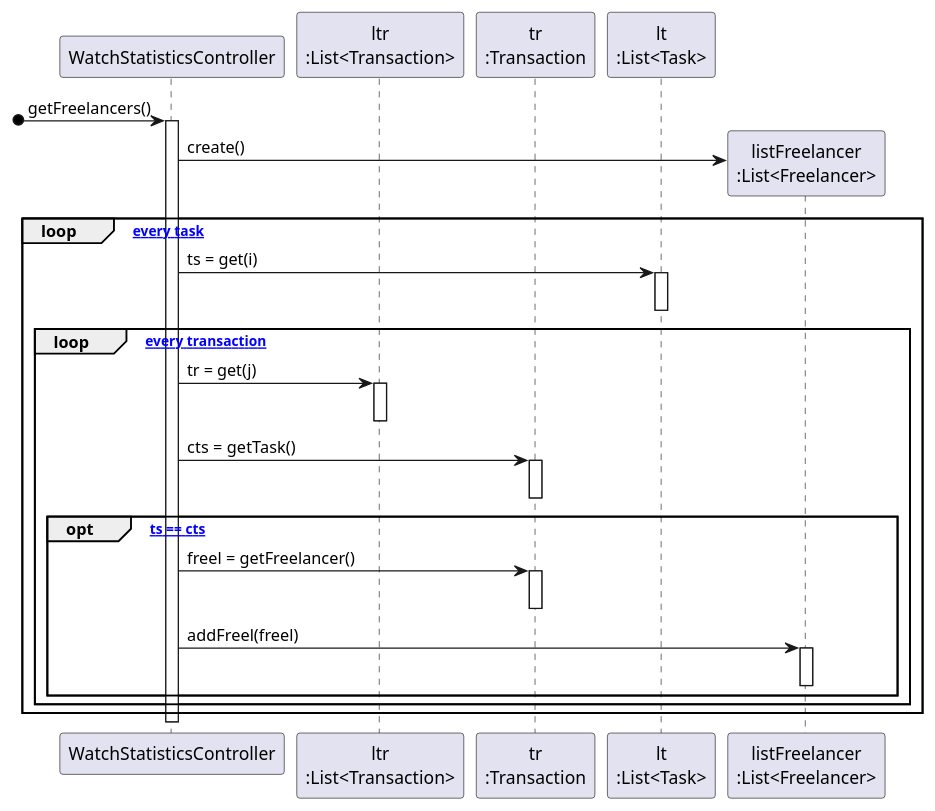
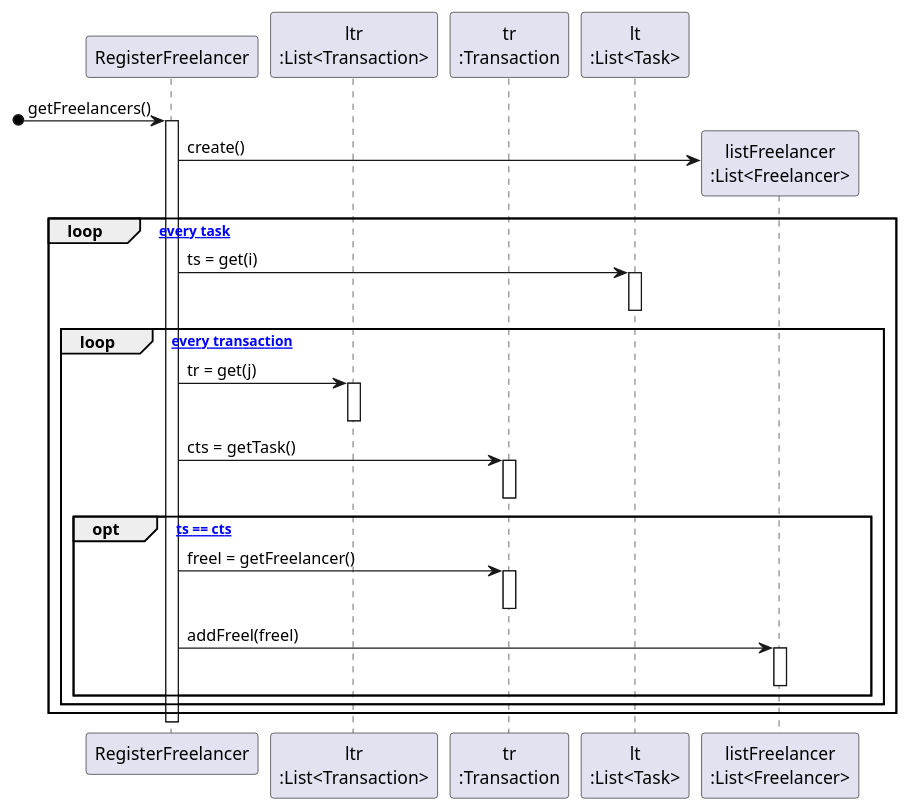
Before and after one commit to 1190452/LAPR2: the diagram in docs/UC8 - Check Overall Statistics/UC8_SD_getFreelancer.puml, drawn with PlantUML.

Commit message:
UC8] - Changing puml of ref

```diff
--- a/docs/UC8 - Check Overall Statistics/UC8_SD_getFreelancer.puml
+++ b/docs/UC8 - Check Overall Statistics/UC8_SD_getFreelancer.puml
@@ -1,39 +1,39 @@
-participant "WatchStatisticsController" as E
+participant "RegisterFreelancer" as FR
 participant "ltr\n:List<Transaction>" as LTR
 participant "tr\n:Transaction" as TR
 participant "lt\n:List<Task>" as LTS
 participant "listFreelancer\n:List<Freelancer>" as LF
 
-[o-> E : getFreelancers()
-activate E
+[o-> FR : getFreelancers()
+activate FR
 
-E -> LF** : create()
+FR -> LF** : create()
 
 loop [for every task]
-E -> LTS : ts = get(i)
+FR -> LTS : ts = get(i)
 activate LTS
 deactivate LTS
 loop [for every transaction]
 
-E -> LTR : tr = get(j)
+FR -> LTR : tr = get(j)
 activate LTR
 deactivate LTR
 
-E -> TR : cts = getTask()
+FR -> TR : cts = getTask()
 activate TR
 deactivate TR
 
 
 opt [if ts == cts]
-E -> TR : freel = getFreelancer()
+FR -> TR : freel = getFreelancer()
 activate TR 
 deactivate TR
-E -> LF : addFreel(freel)
+FR -> LF : addFreel(freel)
 activate LF
 deactivate LF
 
 
 end opt
 end loop
 end loop
-deactivate E
+deactivate FR
```
